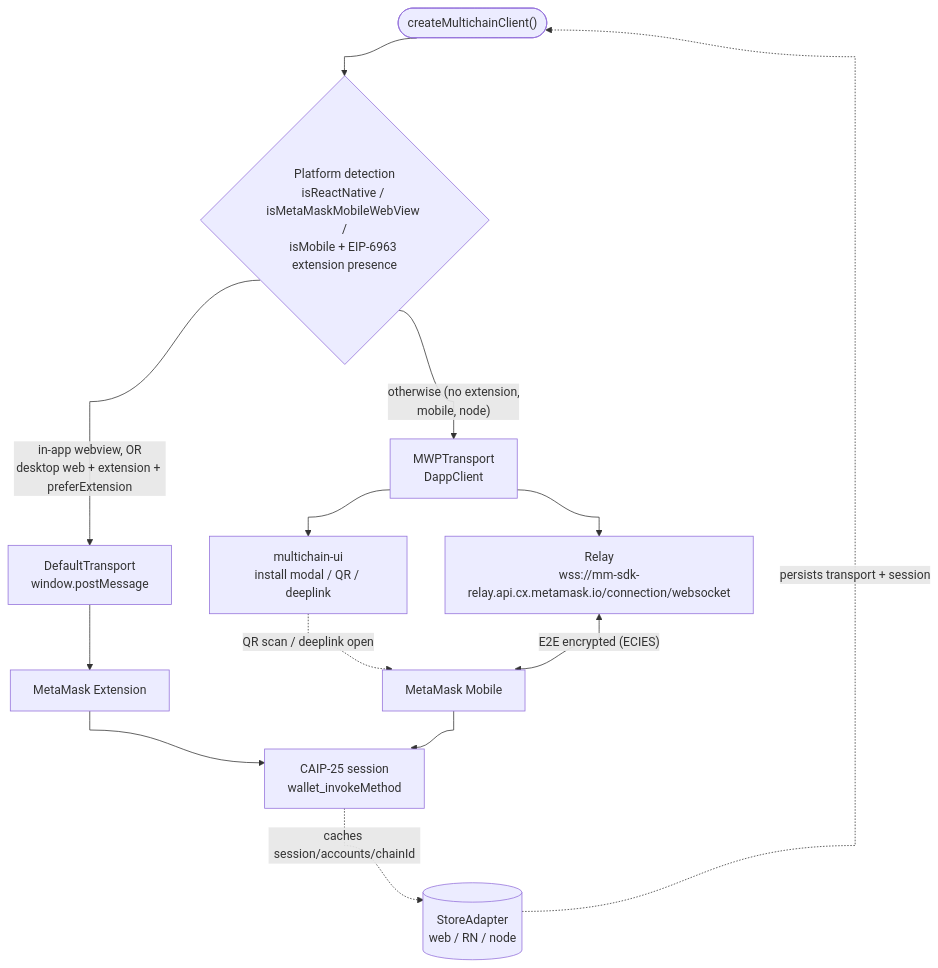
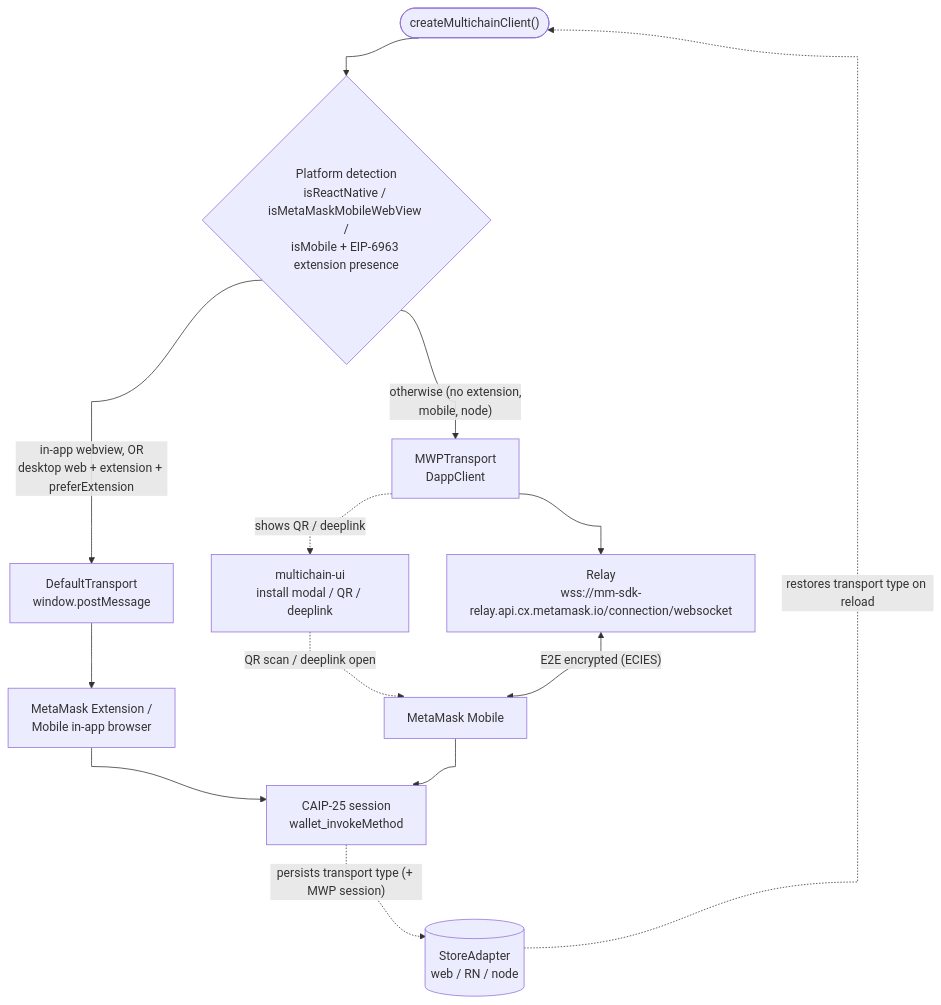
The second of 2 diagrams in docs/architecture.md (MetaMask/connect-monorepo), drawn with Mermaid before and after one commit. The commit also changed other lines of this file, not shown here.

First line of the commit message:
chore: fix transport-diagram accuracy nits

````diff
--- a/docs/architecture.md
+++ b/docs/architecture.md
@@ -75,21 +75,21 @@
 ```mermaid
 %%{ init: { 'flowchart': { 'curve': 'bumpX' } } }%%
 graph TD;
   start(["createMultichainClient()"]) --> detect{"Platform detection<br/>isReactNative / isMetaMaskMobileWebView /<br/>isMobile + EIP-6963 extension presence"};
 
   detect -->|"in-app webview, OR<br/>desktop web + extension + preferExtension"| direct["DefaultTransport<br/>window.postMessage"];
   detect -->|"otherwise (no extension,<br/>mobile, node)"| mwp["MWPTransport<br/>DappClient"];
 
-  direct --> ext["MetaMask Extension"];
+  direct --> ext["MetaMask Extension /<br/>Mobile in-app browser"];
 
-  mwp --> ui["multichain-ui<br/>install modal / QR / deeplink"];
+  mwp -.->|"shows QR / deeplink"| ui["multichain-ui<br/>install modal / QR / deeplink"];
   mwp --> relay["Relay<br/>wss://mm-sdk-relay.api.cx.metamask.io/connection/websocket"];
   ui -.->|"QR scan / deeplink open"| mobile["MetaMask Mobile"];
   relay <-->|"E2E encrypted (ECIES)"| mobile;
 
   ext --> session["CAIP-25 session<br/>wallet_invokeMethod"];
   mobile --> session;
 
-  store[("StoreAdapter<br/>web / RN / node")] -.->|"persists transport + session"| start;
-  session -.->|"caches session/accounts/chainId"| store;
+  store[("StoreAdapter<br/>web / RN / node")] -.->|"restores transport type on reload"| start;
+  session -.->|"persists transport type (+ MWP session)"| store;
 ```
````
